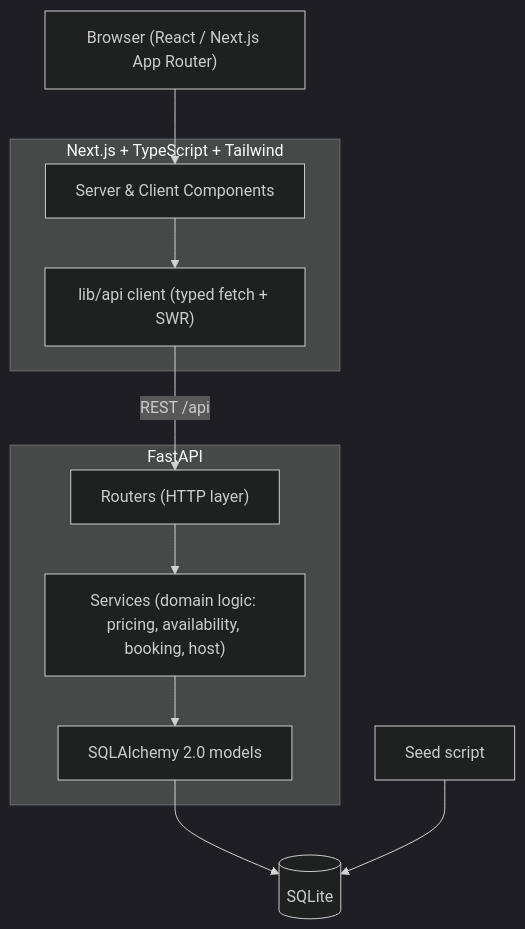
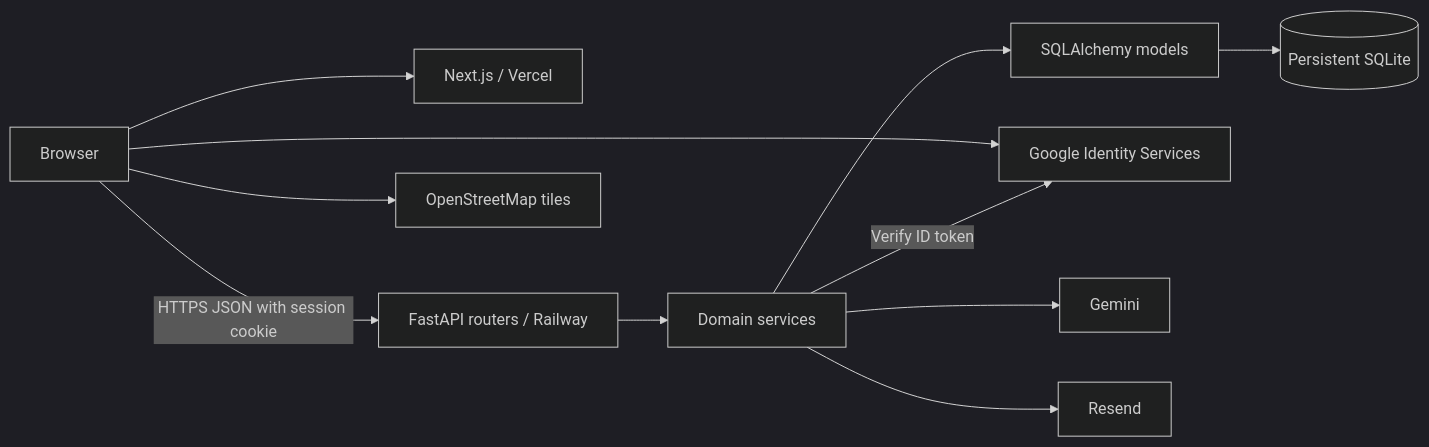
The diagram in docs/ARCHITECTURE.md (Apoorvan-A/StayFinder), drawn with Mermaid (dark theme) before and after one commit. The commit also changed other lines of this file and 8 other files, not shown here.

````diff
--- a/docs/ARCHITECTURE.md
+++ b/docs/ARCHITECTURE.md
@@ -7,18 +5,13 @@
 ```mermaid
-flowchart TD
-    Browser["Browser (React / Next.js App Router)"]
-    subgraph Frontend["Next.js + TypeScript + Tailwind"]
-        Pages["Server & Client Components"]
-        ApiClient["lib/api client (typed fetch + SWR)"]
-    end
-    subgraph Backend["FastAPI"]
-        Routers["Routers (HTTP layer)"]
-        Services["Services (domain logic: pricing, availability, booking, host)"]
-        Models["SQLAlchemy 2.0 models"]
-    end
-    DB[("SQLite")]
-    Seed["Seed script"]
-
-    Browser --> Pages --> ApiClient -->|REST /api| Routers --> Services --> Models --> DB
-    Seed --> DB
+flowchart LR
+    Browser --> Next[Next.js / Vercel]
+    Browser -->|HTTPS JSON with session cookie| Routers[FastAPI routers / Railway]
+    Routers --> Services[Domain services]
+    Services --> Models[SQLAlchemy models]
+    Models --> DB[(Persistent SQLite)]
+    Browser --> GIS[Google Identity Services]
+    Services -->|Verify ID token| GIS
+    Services --> Gemini
+    Services --> Resend
+    Browser --> OSM[OpenStreetMap tiles]
 ```
````
